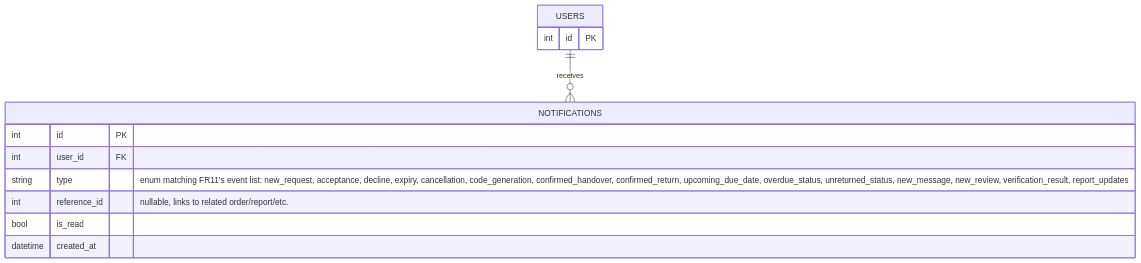
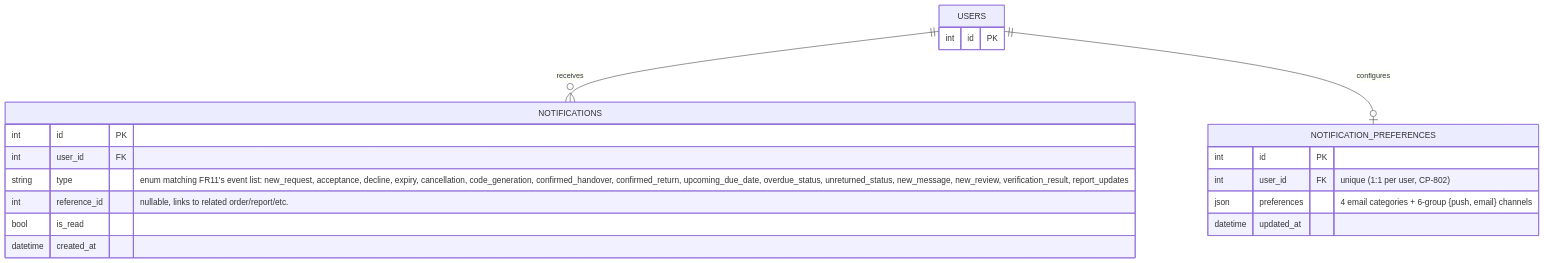
One commit to pup-swe-team/brb-server changed the seventh of 7 diagrams in docs/COPUP_ERD.md. Above: the diagram before and after it, drawn with Mermaid. The commit also changed other lines of this file and 51 other files, not shown here.

````diff
--- a/docs/COPUP_ERD.md
+++ b/docs/COPUP_ERD.md
@@ -501,17 +529,25 @@
 ```mermaid
 erDiagram
     USERS {
         int id PK
     }
 
     NOTIFICATIONS {
         int id PK
         int user_id FK
         string type "enum matching FR11's event list: new_request, acceptance, decline, expiry, cancellation, code_generation, confirmed_handover, confirmed_return, upcoming_due_date, overdue_status, unreturned_status, new_message, new_review, verification_result, report_updates"
         int reference_id "nullable, links to related order/report/etc."
         bool is_read
         datetime created_at
     }
 
+    NOTIFICATION_PREFERENCES {
+        int id PK
+        int user_id FK "unique (1:1 per user, CP-802)"
+        json preferences "4 email categories + 6-group {push, email} channels"
+        datetime updated_at
+    }
+
     USERS ||--o{ NOTIFICATIONS : receives
+    USERS ||--o| NOTIFICATION_PREFERENCES : configures
 ```
````
